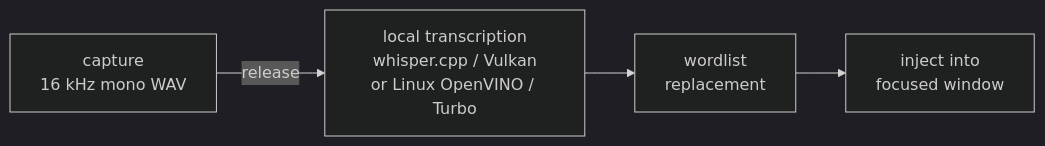
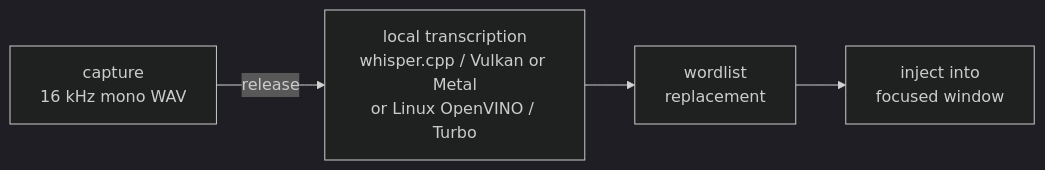
One commit to MrTorriz/sayit changed the first of 4 diagrams in docs/ARCHITECTURE.md. Above: the diagram before and after it, drawn with Mermaid (dark theme). The commit also changed other lines of this file and 13 other files, not shown here.

````diff
--- a/docs/ARCHITECTURE.md
+++ b/docs/ARCHITECTURE.md
@@ -20,6 +24,6 @@
 ```mermaid
 flowchart LR
-    A["capture<br>16 kHz mono WAV"] -->|release| B["local transcription<br>whisper.cpp / Vulkan<br>or Linux OpenVINO / Turbo"]
+    A["capture<br>16 kHz mono WAV"] -->|release| B["local transcription<br>whisper.cpp / Vulkan or Metal<br>or Linux OpenVINO / Turbo"]
     B --> C["wordlist<br>replacement"]
     C --> D["inject into<br>focused window"]
 ```
````
